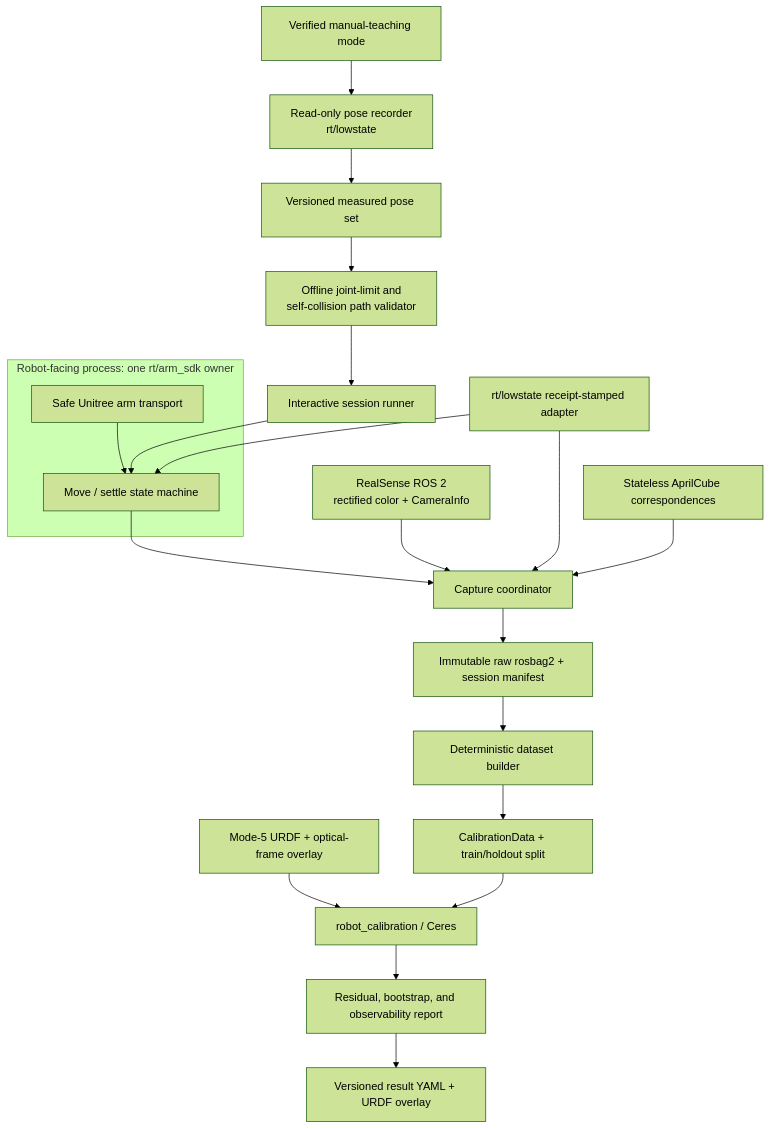
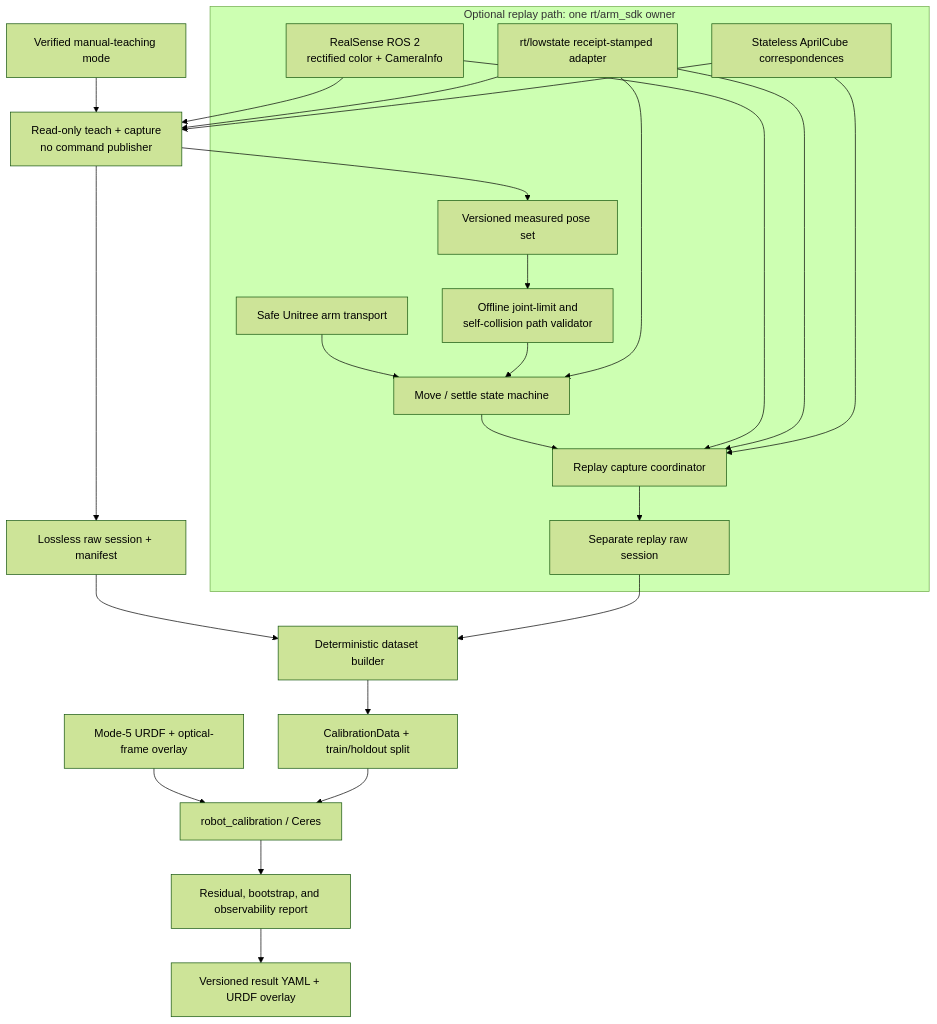
One commit to sri299792458/robot-calibration-aprilcube-prototype changed the first of 2 diagrams in docs/detailed_implementation_plan.md. Above: the diagram before and after it, drawn with Mermaid (forest theme). The commit also changed other lines of this file and 38 other files, not shown here.

First line of the commit message:
Add safe G1 capture and manual calibration sessions

````diff
--- a/docs/detailed_implementation_plan.md
+++ b/docs/detailed_implementation_plan.md
@@ -272,26 +274,29 @@
 ```mermaid
 flowchart TB
-    TEACH["Verified manual-teaching mode"] --> REC["Read-only pose recorder\nrt/lowstate"]
-    REC --> POSES["Versioned measured pose set"]
-    POSES --> VALIDATE["Offline joint-limit and\nself-collision path validator"]
-    VALIDATE --> SESSION["Interactive session runner"]
+    TEACH["Verified manual-teaching mode"] --> CAPTURE["Read-only teach + capture\nno command publisher"]
+    RS["RealSense ROS 2\nrectified color + CameraInfo"] --> CAPTURE
+    LOW["rt/lowstate receipt-stamped adapter"] --> CAPTURE
+    APRIL["Stateless AprilCube correspondences"] --> CAPTURE
+    CAPTURE --> POSES["Versioned measured pose set"]
+    CAPTURE --> RAW["Lossless raw session + manifest"]
 
-    subgraph CONTROL["Robot-facing process: one rt/arm_sdk owner"]
+    subgraph OPTIONAL["Optional replay path: one rt/arm_sdk owner"]
+      POSES --> VALIDATE["Offline joint-limit and\nself-collision path validator"]
       TRANSPORT["Safe Unitree arm transport"] --> EXEC["Move / settle state machine"]
+      VALIDATE --> EXEC
+      EXEC --> REPLAY["Replay capture coordinator"]
+      RS --> REPLAY
+      LOW --> EXEC
+      LOW --> REPLAY
+      APRIL --> REPLAY
+      REPLAY --> RAW2["Separate replay raw session"]
     end
-    SESSION --> EXEC
-    EXEC --> CAPTURE["Capture coordinator"]
 
-    RS["RealSense ROS 2\nrectified color + CameraInfo"] --> CAPTURE
-    LOW["rt/lowstate receipt-stamped adapter"] --> EXEC
-    LOW --> CAPTURE
-    APRIL["Stateless AprilCube correspondences"] --> CAPTURE
-
-    CAPTURE --> RAW["Immutable raw rosbag2 + session manifest"]
     RAW --> DERIVE["Deterministic dataset builder"]
+    RAW2 --> DERIVE
     DERIVE --> DATA["CalibrationData + train/holdout split"]
     URDF["Mode-5 URDF + optical-frame overlay"] --> SOLVE["robot_calibration / Ceres"]
     DATA --> SOLVE
     SOLVE --> REPORT["Residual, bootstrap, and observability report"]
     REPORT --> OUT["Versioned result YAML + URDF overlay"]
 ```
````
